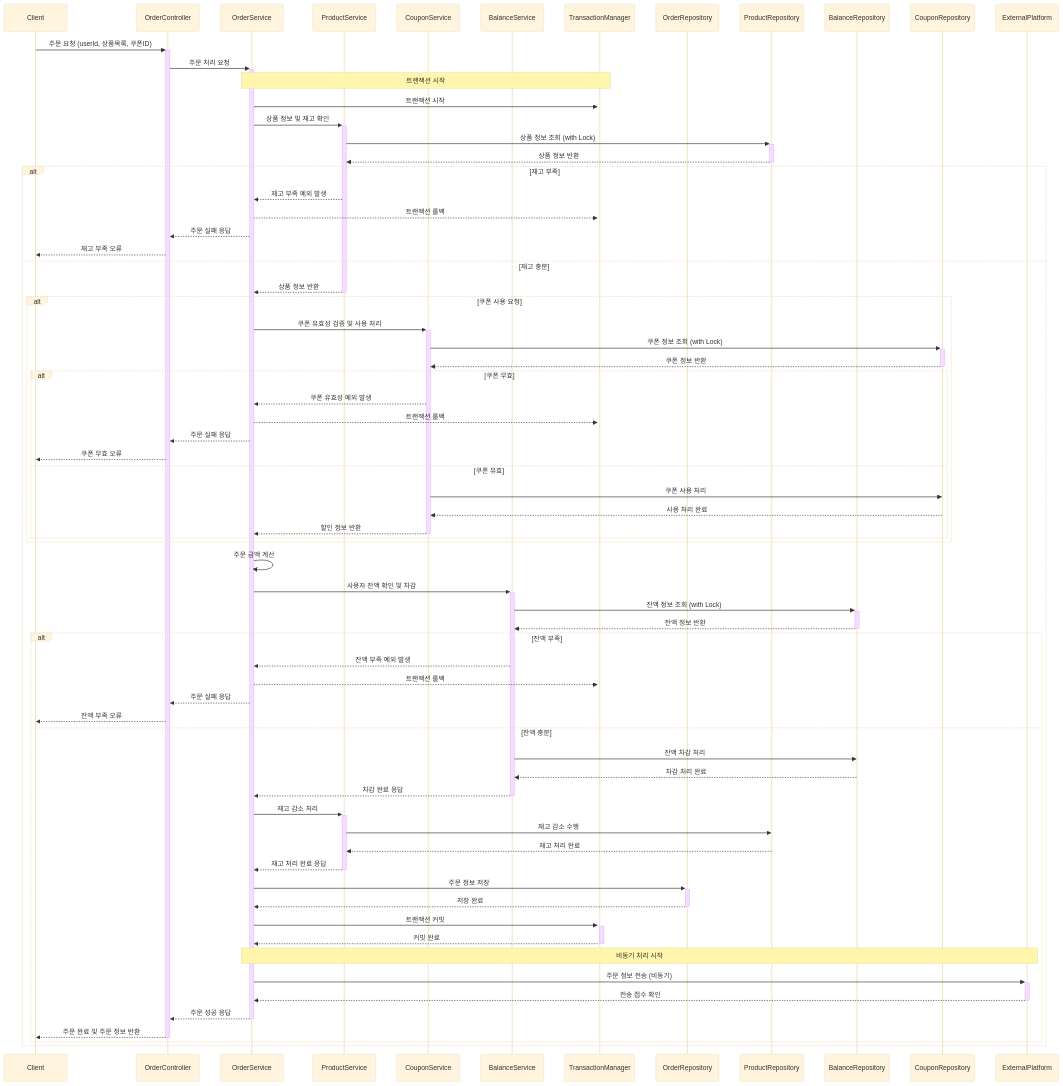
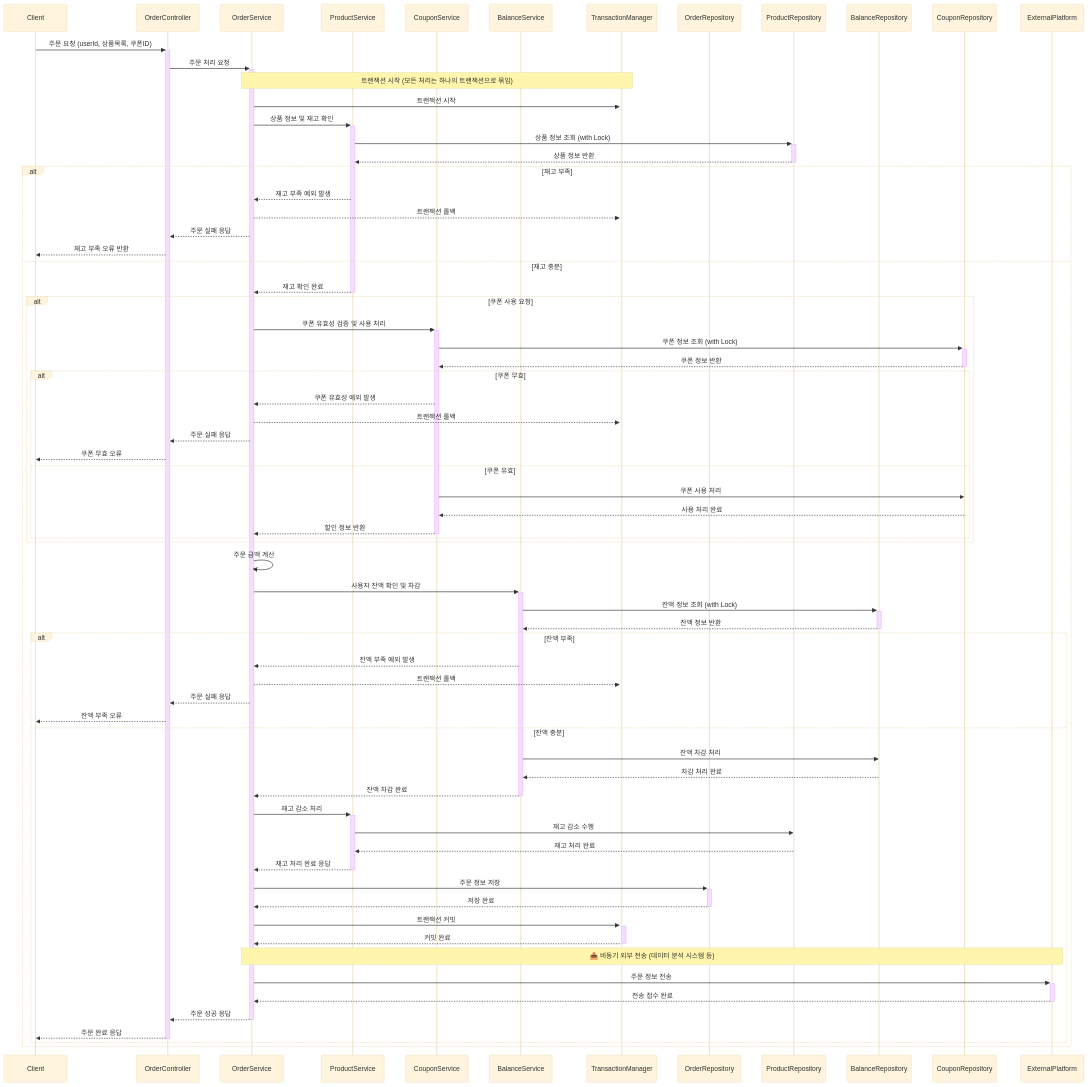
The diagram in docs/sequence-diagram.md (thedev-junyoung/hanghae-plus-2wd), drawn with Mermaid (base theme) before and after one commit.

Commit message:
update sequence-diagram

````diff
--- a/docs/sequence-diagram.md
+++ b/docs/sequence-diagram.md
@@ -17,30 +17,33 @@
     participant CouponRepository
     participant ExternalPlatform
 
+%% 주문 요청 진입
     Client->>+OrderController: 주문 요청 (userId, 상품목록, 쿠폰ID)
     OrderController->>+OrderService: 주문 처리 요청
-    
-    Note over OrderService,TransactionManager: 트랜잭션 시작
+
+    Note over OrderService,TransactionManager: 트랜잭션 시작 (모든 처리는 하나의 트랜잭션으로 묶임)
     OrderService->>+TransactionManager: 트랜잭션 시작
-    
+
+%% 재고 확인
     OrderService->>+ProductService: 상품 정보 및 재고 확인
     ProductService->>+ProductRepository: 상품 정보 조회 (with Lock)
     ProductRepository-->>-ProductService: 상품 정보 반환
-    
-    alt 재고 부족
+
+    alt  재고 부족
         ProductService-->>OrderService: 재고 부족 예외 발생
         OrderService-->>TransactionManager: 트랜잭션 롤백
         OrderService-->>OrderController: 주문 실패 응답
-        OrderController-->>Client: 재고 부족 오류
+        OrderController-->>Client: 재고 부족 오류 반환
     else 재고 충분
-        ProductService-->>-OrderService: 상품 정보 반환
-        
+        ProductService-->>-OrderService: 재고 확인 완료
+
+    %% 쿠폰 처리
         alt 쿠폰 사용 요청
             OrderService->>+CouponService: 쿠폰 유효성 검증 및 사용 처리
             CouponService->>+CouponRepository: 쿠폰 정보 조회 (with Lock)
             CouponRepository-->>-CouponService: 쿠폰 정보 반환
-            
-            alt 쿠폰 무효
+
+            alt  쿠폰 무효
                 CouponService-->>OrderService: 쿠폰 유효성 예외 발생
                 OrderService-->>TransactionManager: 트랜잭션 롤백
                 OrderService-->>OrderController: 주문 실패 응답
@@ -51,14 +54,16 @@
                 CouponService-->>-OrderService: 할인 정보 반환
             end
         end
-        
+
+    %% 금액 계산
         OrderService->>OrderService: 주문 금액 계산
-        
+
+    %% 잔액 확인 및 차감
         OrderService->>+BalanceService: 사용자 잔액 확인 및 차감
         BalanceService->>+BalanceRepository: 잔액 정보 조회 (with Lock)
         BalanceRepository-->>-BalanceService: 잔액 정보 반환
-        
-        alt 잔액 부족
+
+        alt  잔액 부족
             BalanceService-->>OrderService: 잔액 부족 예외 발생
             OrderService-->>TransactionManager: 트랜잭션 롤백
             OrderService-->>OrderController: 주문 실패 응답
@@ -66,25 +71,30 @@
         else 잔액 충분
             BalanceService->>BalanceRepository: 잔액 차감 처리
             BalanceRepository-->>BalanceService: 차감 처리 완료
-            BalanceService-->>-OrderService: 차감 완료 응답
-            
+            BalanceService-->>-OrderService: 잔액 차감 완료
+
+        %% 재고 차감
             OrderService->>+ProductService: 재고 감소 처리
             ProductService->>ProductRepository: 재고 감소 수행
             ProductRepository-->>ProductService: 재고 처리 완료
             ProductService-->>-OrderService: 재고 처리 완료 응답
-            
+
+        %% 주문 저장
             OrderService->>+OrderRepository: 주문 정보 저장
             OrderRepository-->>-OrderService: 저장 완료
-            
+
+        %% 트랜잭션 커밋
             OrderService->>+TransactionManager: 트랜잭션 커밋
             TransactionManager-->>-OrderService: 커밋 완료
-            
-            Note over OrderService,ExternalPlatform: 비동기 처리 시작
-            OrderService->>+ExternalPlatform: 주문 정보 전송 (비동기)
-            ExternalPlatform-->>-OrderService: 전송 접수 확인
-            
+
+            Note over OrderService,ExternalPlatform: 📤 비동기 외부 전송 (데이터 분석 시스템 등)
+            OrderService->>+ExternalPlatform: 주문 정보 전송
+            ExternalPlatform-->>-OrderService: 전송 접수 완료
+
+        %% 성공 응답 반환
             OrderService-->>-OrderController: 주문 성공 응답
-            OrderController-->>-Client: 주문 완료 및 주문 정보 반환
+            OrderController-->>-Client: 주문 완료 응답
         end
     end
+
 ```
````
